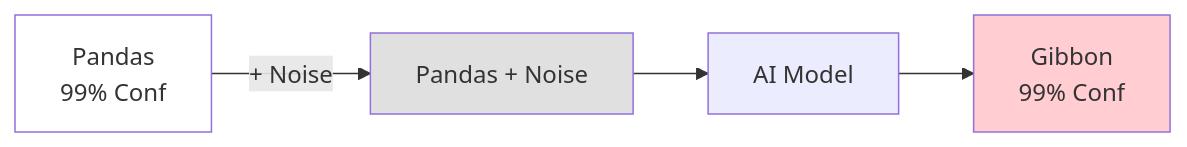
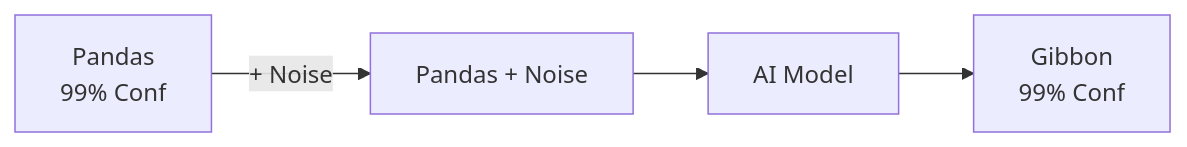
Before and after one commit to antonprafanto/dasarAI2026: the eighth of 9 diagrams in bab-10-etika.md, drawn with Mermaid. The commit also changed other lines of this file and 8 other files, not shown here.

Commit message:
Fix: Remove custom Mermaid styling for better dark mode visibility

````diff
--- a/bab-10-etika.md
+++ b/bab-10-etika.md
@@ -382,10 +372,6 @@
 ```mermaid
 graph LR
     Img1[Pandas<br>99% Conf] -- + Noise --> Img2[Pandas + Noise]
     Img2 --> Model[AI Model]
     Model --> Res[Gibbon<br>99% Conf]
-
-    style Img1 fill:#fff
-    style Img2 fill:#e0e0e0
-    style Res fill:#ffcdd2
 ```
````
